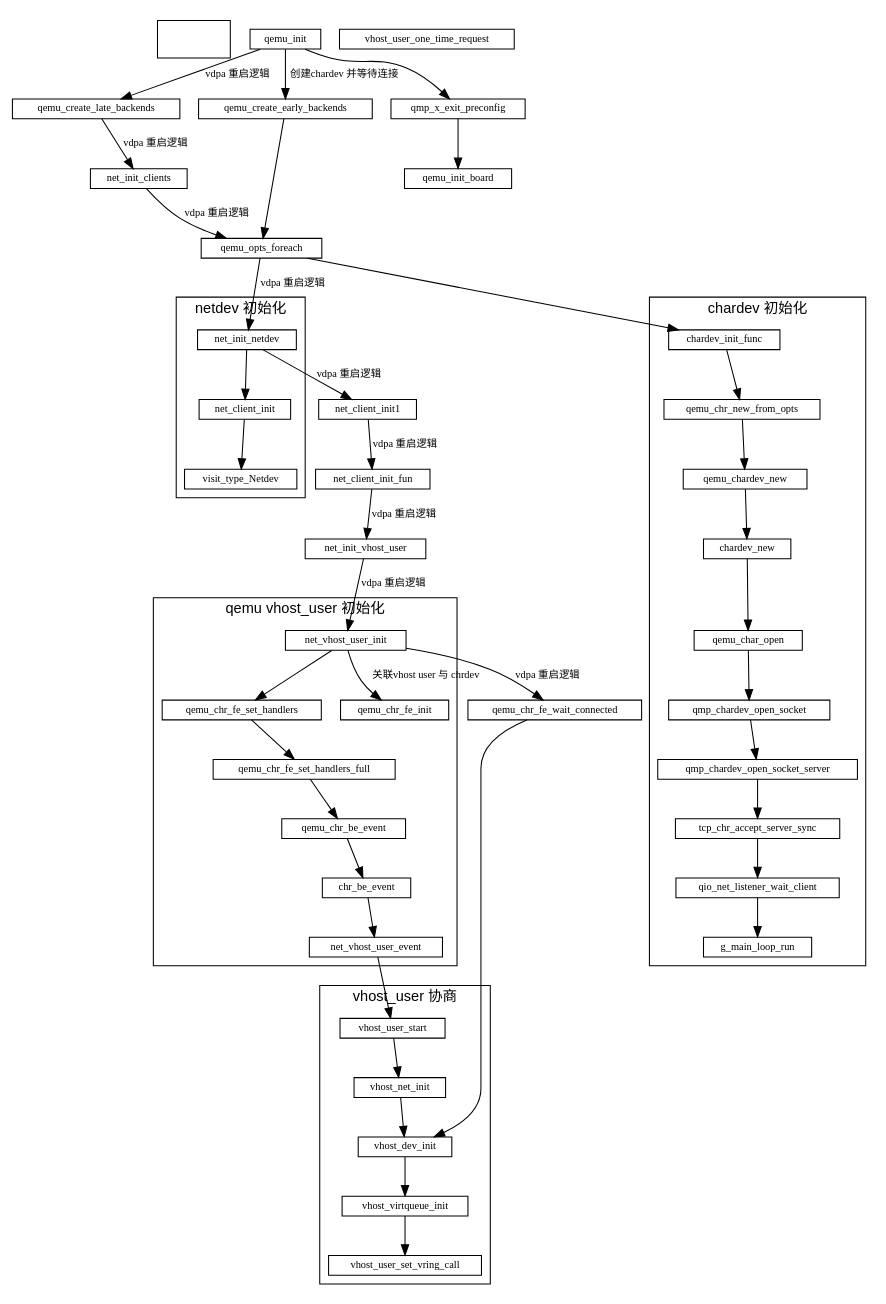
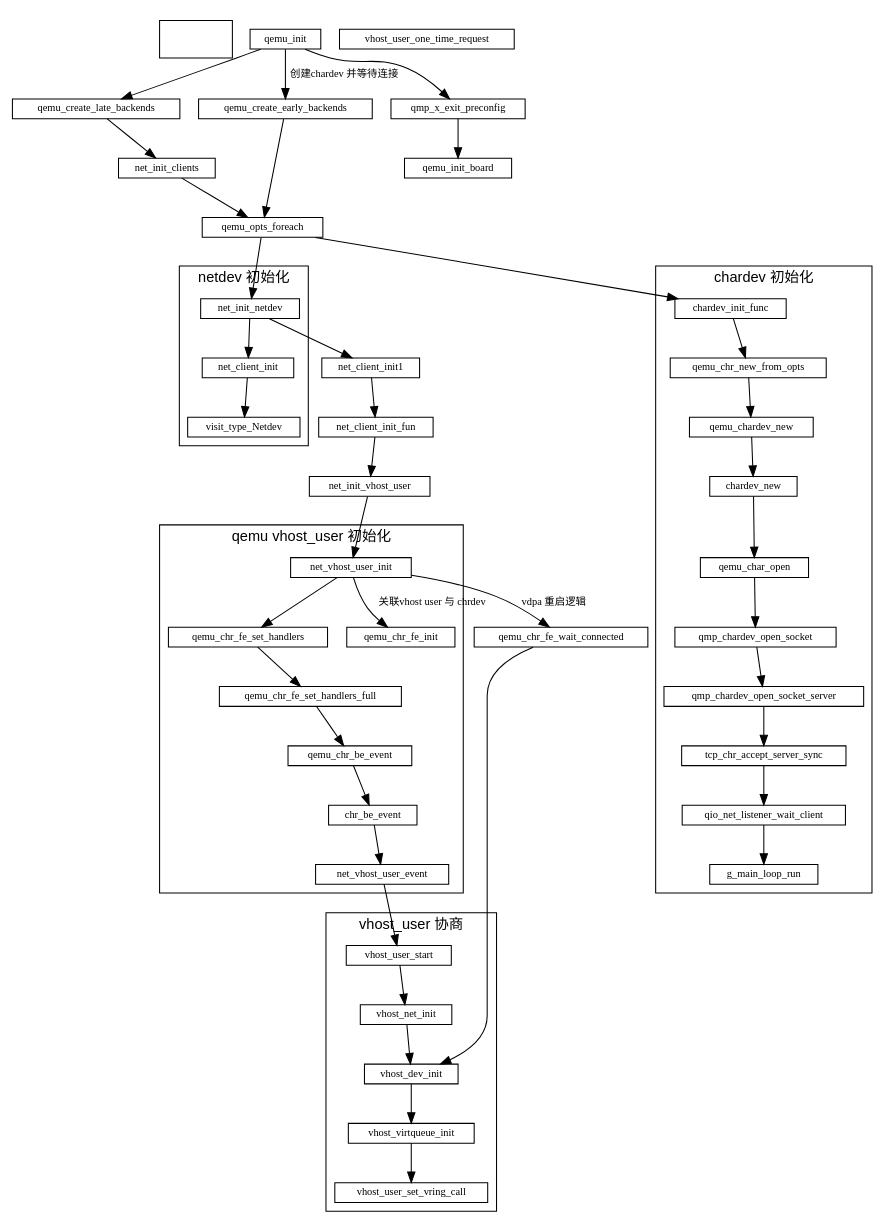
Before and after one commit to sisyphus1212/note: the diagram in qemu/qemu初始化.md, drawn with Graphviz.

Commit message:
auto_update

```diff
--- a/qemu/qemu初始化.md
+++ b/qemu/qemu初始化.md
@@ -30,7 +30,7 @@
               -> net_client_init_fun
               -> net_init_vhost_user
               -> net_vhost_user_init
-              -> qemu_chr_fe_wait_connected[label="vdpa 重启逻辑"]
+              net_vhost_user_init -> qemu_chr_fe_wait_connected[label="vdpa 重启逻辑"]
               qemu_chr_fe_wait_connected
               -> vhost_dev_init
     qemu_init -> qemu_create_early_backends[label="创建chardev 并等待连接"]
```
